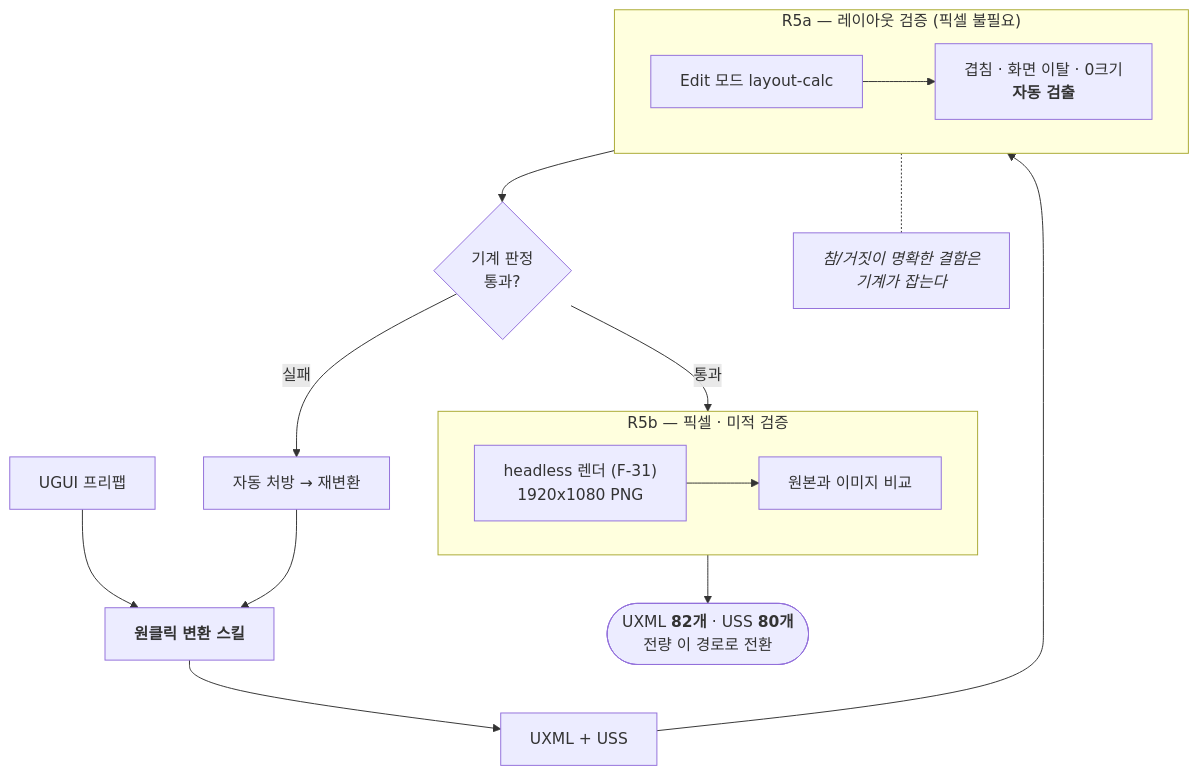
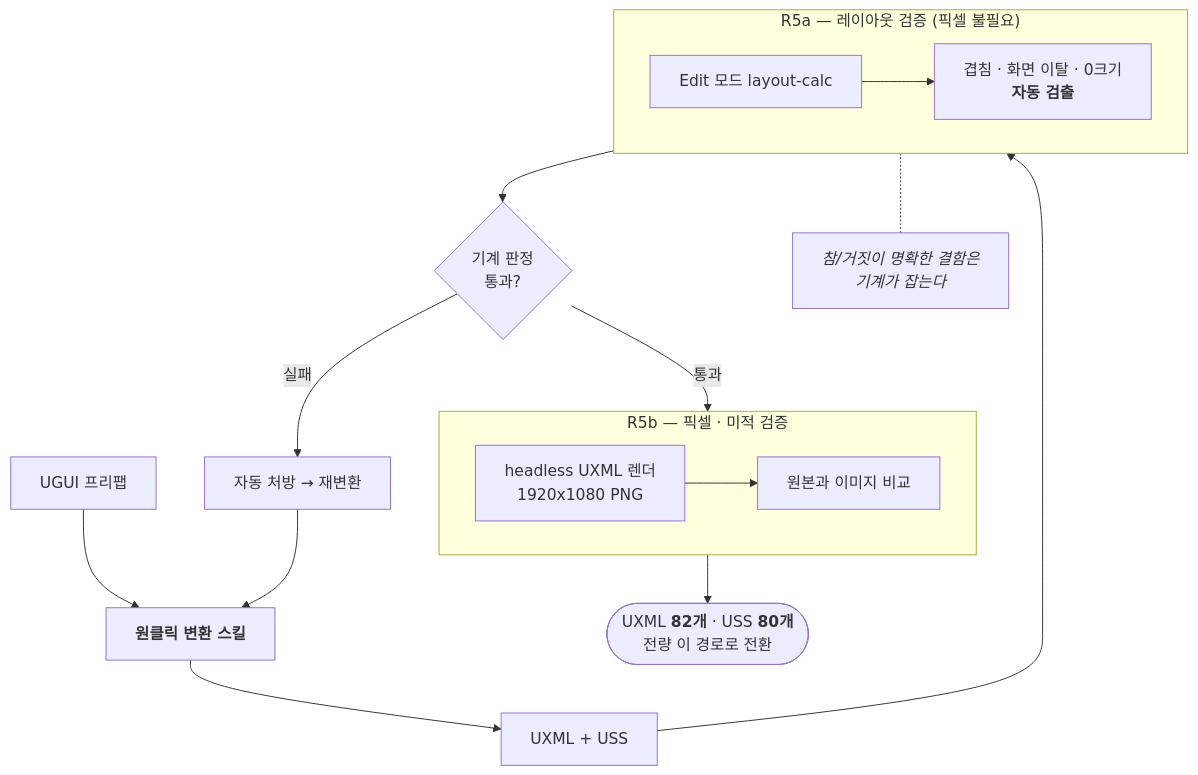
One commit to junsun2h/exodus-portfolio changed the diagram in F-32_UGUItoUXML변환스킬/README.md. Above: the diagram before and after it, drawn with Mermaid. The commit also changed other lines of this file and 15 other files, not shown here.

````diff
--- a/F-32_UGUItoUXML변환스킬/README.md
+++ b/F-32_UGUItoUXML변환스킬/README.md
@@ -9,26 +9,26 @@
 ```mermaid
 flowchart TB
     IN["UGUI 프리팹"] --> CONV["<b>원클릭 변환 스킬</b>"]
     CONV --> OUT["UXML + USS"]
 
     OUT --> R5A
 
     subgraph R5A["R5a — 레이아웃 검증 (픽셀 불필요)"]
         direction LR
         A1["Edit 모드 layout-calc"] --> A2["겹침 · 화면 이탈 · 0크기<br/><b>자동 검출</b>"]
     end
 
     R5A --> G{"기계 판정<br/>통과?"}
     G -->|"실패"| FIX["자동 처방 → 재변환"]
     FIX --> CONV
     G -->|"통과"| R5B
 
     subgraph R5B["R5b — 픽셀 · 미적 검증"]
         direction LR
-        B1["headless 렌더 (F-31)<br/>1920x1080 PNG"] --> B2["원본과 이미지 비교"]
+        B1["headless UXML 렌더<br/>1920x1080 PNG"] --> B2["원본과 이미지 비교"]
     end
 
     R5B --> DONE(["UXML <b>82개</b> · USS <b>80개</b><br/>전량 이 경로로 전환"])
 
     R5A -.- N1["<i>참/거짓이 명확한 결함은<br/>기계가 잡는다</i>"]
 ```
````
